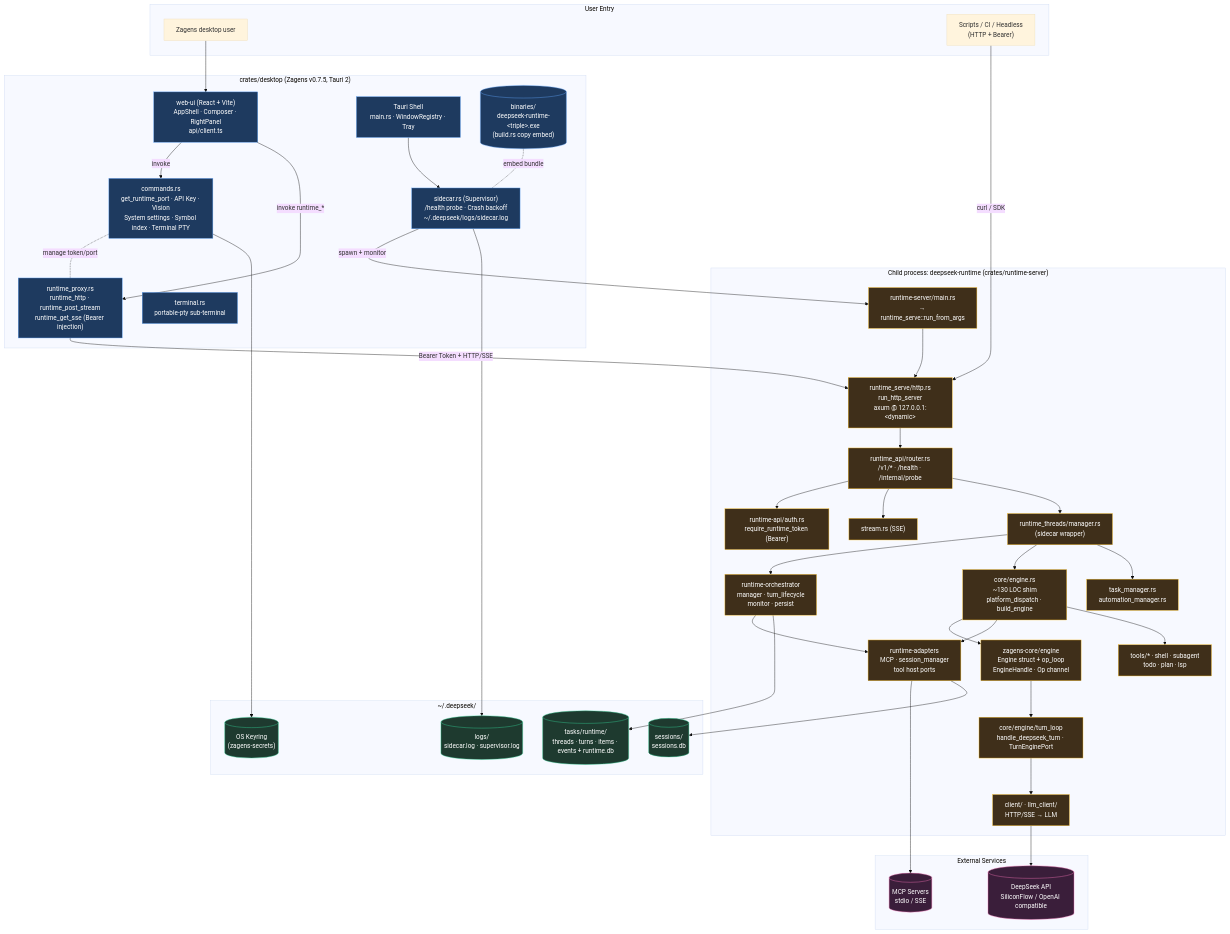
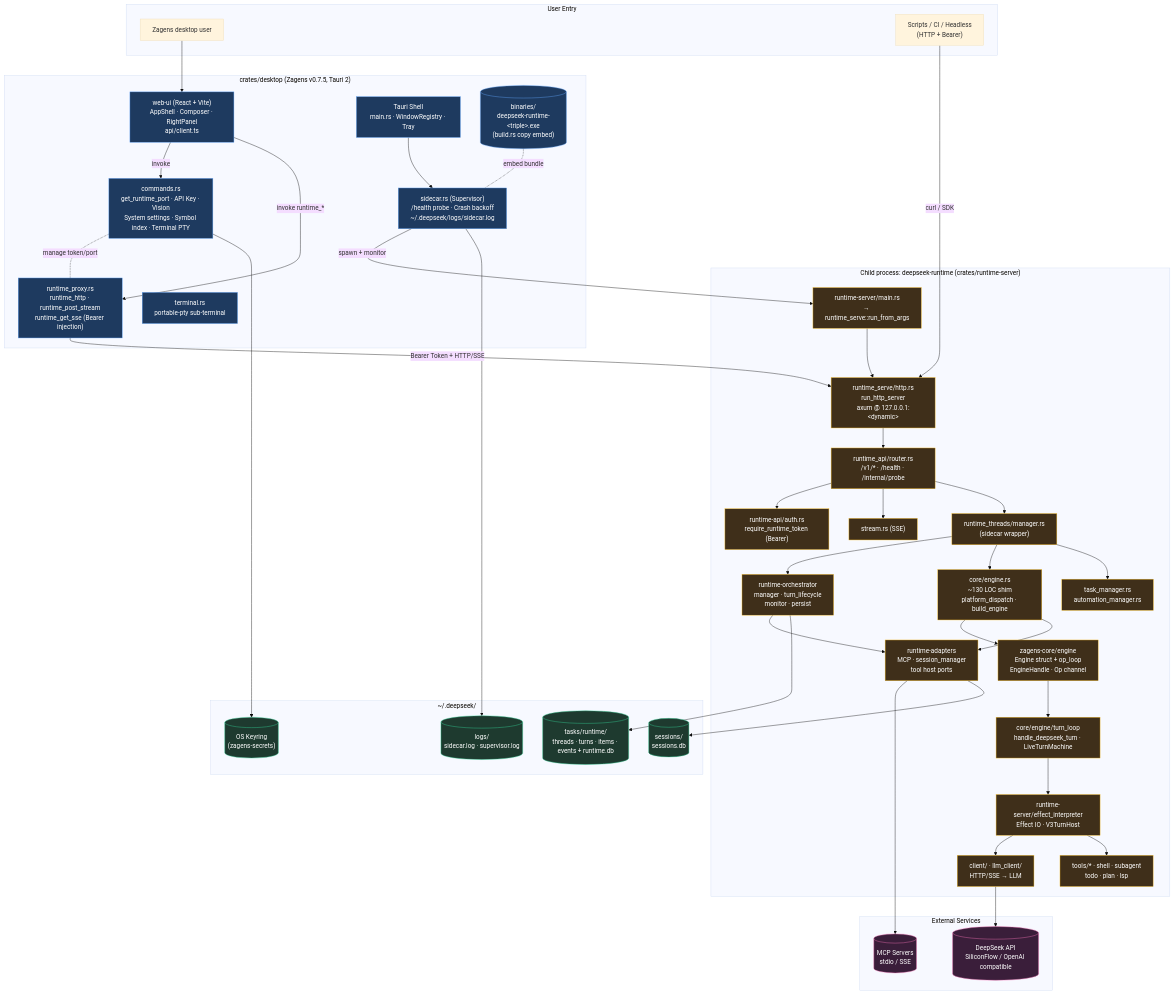
One commit to didclawapp-ai/zagens changed the second of 6 diagrams in docs/tech/RUNTIME_ARCHITECTURE.md. Above: the diagram before and after it, drawn with Mermaid (base theme). The commit also changed other lines of this file and 12 other files, not shown here.

First line of the commit message:
Docs: align README and architecture specs with Kernel V3 and zagens-tui.

````diff
--- a/docs/tech/RUNTIME_ARCHITECTURE.md
+++ b/docs/tech/RUNTIME_ARCHITECTURE.md
@@ -152,7 +153,8 @@
         RTAD["runtime-adapters<br/>MCP · session_manager<br/>tool host ports"]
         ENG_SHIM["core/engine.rs<br/>~130 LOC shim<br/>platform_dispatch · build_engine"]
         ENG_C["zagens-core/engine<br/>Engine struct + op_loop<br/>EngineHandle · Op channel"]
-        TURN["core/engine/turn_loop<br/>handle_deepseek_turn · TurnEnginePort"]
+        TURN["core/engine/turn_loop<br/>handle_deepseek_turn · LiveTurnMachine"]
+        EFX["runtime-server/effect_interpreter<br/>Effect IO · V3TurnHost"]
         LLM_C["client/ · llm_client/<br/>HTTP/SSE → LLM"]
         TOOLS_R["tools/* · shell · subagent<br/>todo · plan · lsp"]
         TASKS["task_manager.rs<br/>automation_manager.rs"]
@@ -190,9 +192,10 @@
     MGR_W --> ENG_SHIM
     ENG_SHIM --> ENG_C
     ENG_C --> TURN
-    TURN --> LLM_C
+    TURN --> EFX
+    EFX --> LLM_C
+    EFX --> TOOLS_R
     ENG_SHIM --> RTAD
-    ENG_SHIM --> TOOLS_R
     MGR_W --> TASKS
 
     LLM_C --> LLM
@@ -207,7 +210,7 @@
     classDef ext fill:#3a1e3a,stroke:#f472b6,color:#fff
     classDef store fill:#1e3a2f,stroke:#34d399,color:#fff
     class WEB,TAURI,CMDS,PROXY,SUP,TERM,BIN product
-    class MAIN,HTTP,ROUTER,AUTH,STREAM,MGR_W,RTO,RTAD,ENG_C,ENG_SHIM,TURN,LLM_C,TOOLS_R,TASKS sidecar
+    class MAIN,HTTP,ROUTER,AUTH,STREAM,MGR_W,RTO,RTAD,ENG_C,ENG_SHIM,TURN,EFX,LLM_C,TOOLS_R,TASKS sidecar
     class LLM,MCP_SRV ext
     class SESS,RT_DIR,LOGS,KEYS store
 ```
````
